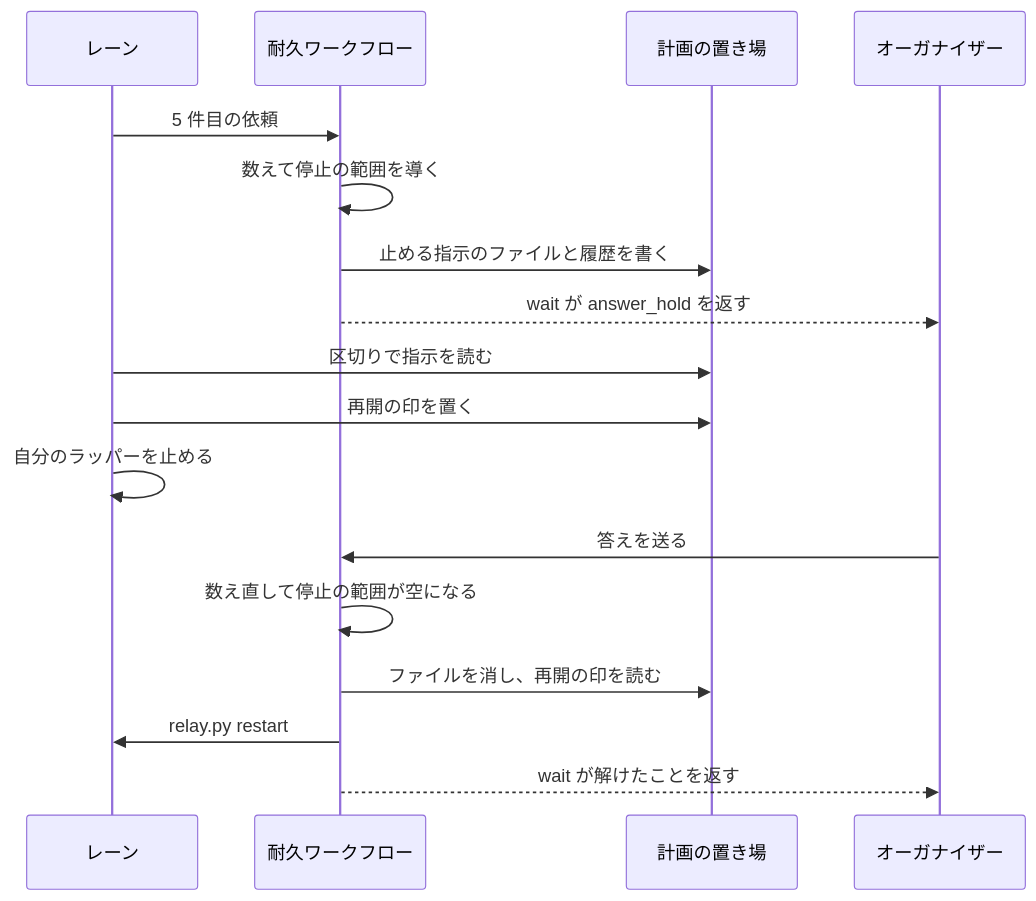
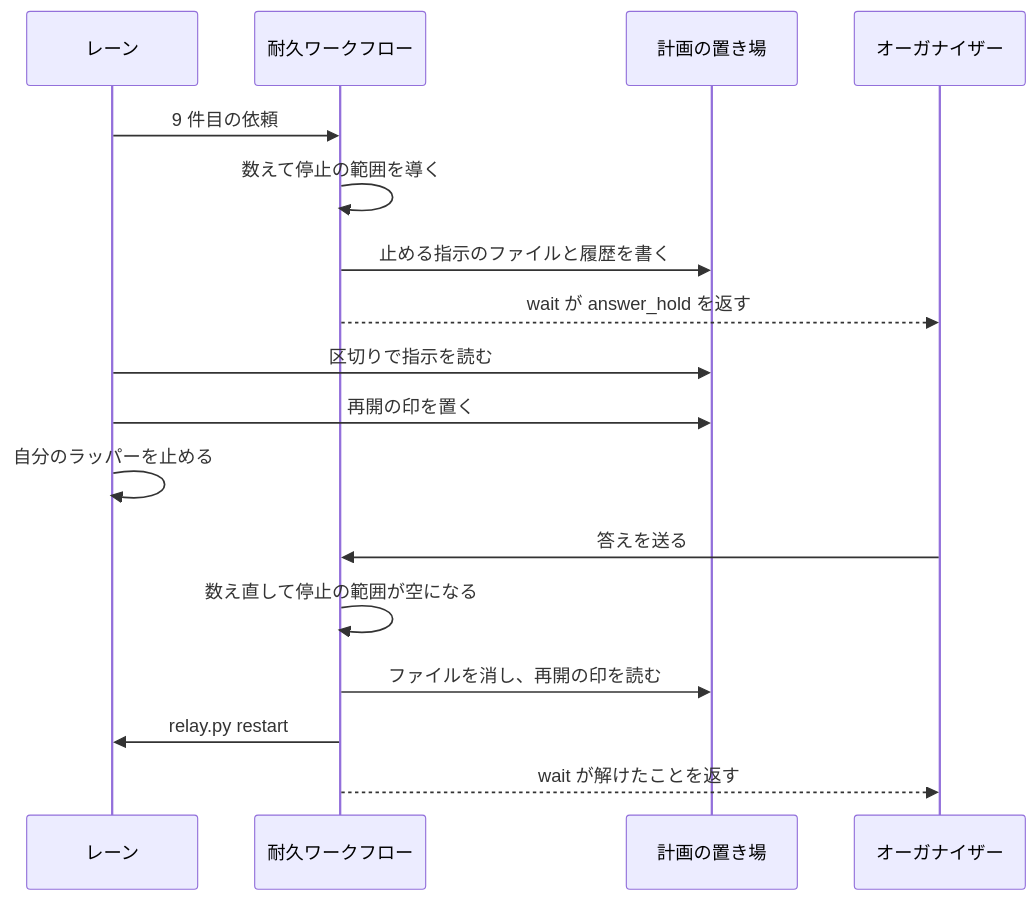
The fourth of 5 diagrams in issues/issue-2707-design.md (devbasex/ai-plugins), drawn with Mermaid before and after one commit. The commit also changed other lines of this file and 4 other files, not shown here.

````diff
--- a/issues/issue-2707-design.md
+++ b/issues/issue-2707-design.md
@@ -320,19 +320,19 @@
 ```mermaid
 sequenceDiagram
     participant L as レーン
     participant W as 耐久ワークフロー
     participant F as 計画の置き場
     participant O as オーガナイザー
-    L->>W: 5 件目の依頼
+    L->>W: 9 件目の依頼
     W->>W: 数えて停止の範囲を導く
     W->>F: 止める指示のファイルと履歴を書く
     W-->>O: wait が answer_hold を返す
     L->>F: 区切りで指示を読む
     L->>F: 再開の印を置く
     L->>L: 自分のラッパーを止める
     O->>W: 答えを送る
     W->>W: 数え直して停止の範囲が空になる
     W->>F: ファイルを消し、再開の印を読む
     W->>L: relay.py restart
     W-->>O: wait が解けたことを返す
 ```
````
